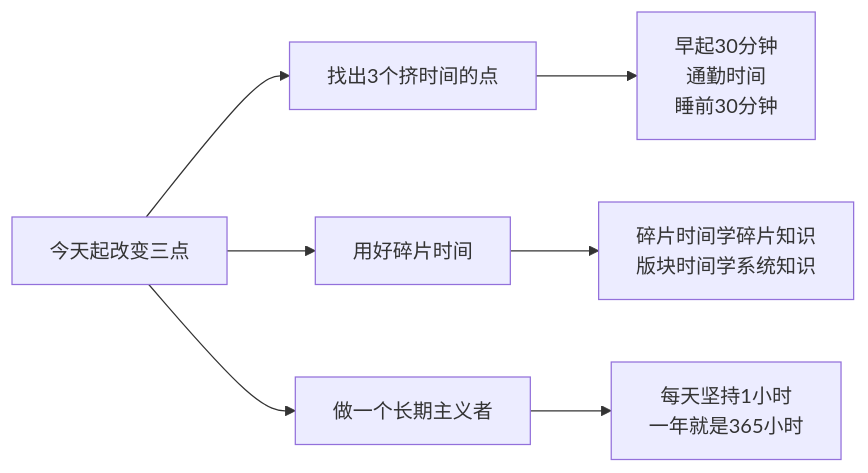
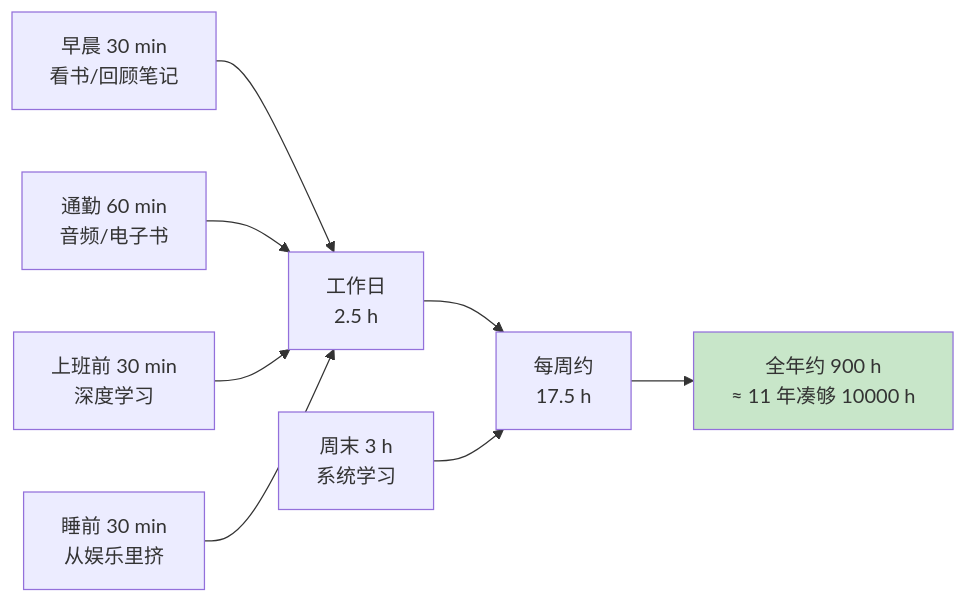
The diagram in packages/website/13.书籍/04.自我精进·学习/04.学习方法/02.用海绵法找时间.md (chongyang211/YCBookBlog), drawn with Mermaid before and after one commit. The commit also changed other lines of this file and 83 other files, not shown here.

````diff
--- a/packages/website/13.书籍/04.自我精进·学习/04.学习方法/02.用海绵法找时间.md
+++ b/packages/website/13.书籍/04.自我精进·学习/04.学习方法/02.用海绵法找时间.md
@@ -213,10 +122,11 @@
 ```mermaid
 graph LR
-    A[今天起改变三点] --> B[找出3个挤时间的点]
-    A --> C[用好碎片时间]
-    A --> D[做一个长期主义者]
-    
-    B --> B1[早起30分钟<br/>通勤时间<br/>睡前30分钟]
-    C --> C1[碎片时间学碎片知识<br/>版块时间学系统知识]
-    D --> D1[每天坚持1小时<br/>一年就是365小时]
+    A["早晨 30 min<br/>看书/回顾笔记"] --> W[工作日<br/>2.5 h]
+    B["通勤 60 min<br/>音频/电子书"] --> W
+    C["上班前 30 min<br/>深度学习"] --> W
+    D["睡前 30 min<br/>从娱乐里挤"] --> W
+    W --> Wk[每周约<br/>17.5 h]
+    E["周末 3 h<br/>系统学习"] --> Wk
+    Wk --> Y[全年约 900 h<br/>≈ 11 年凑够 10000 h]
+    style Y fill:#c8e6c9
 ```
````
